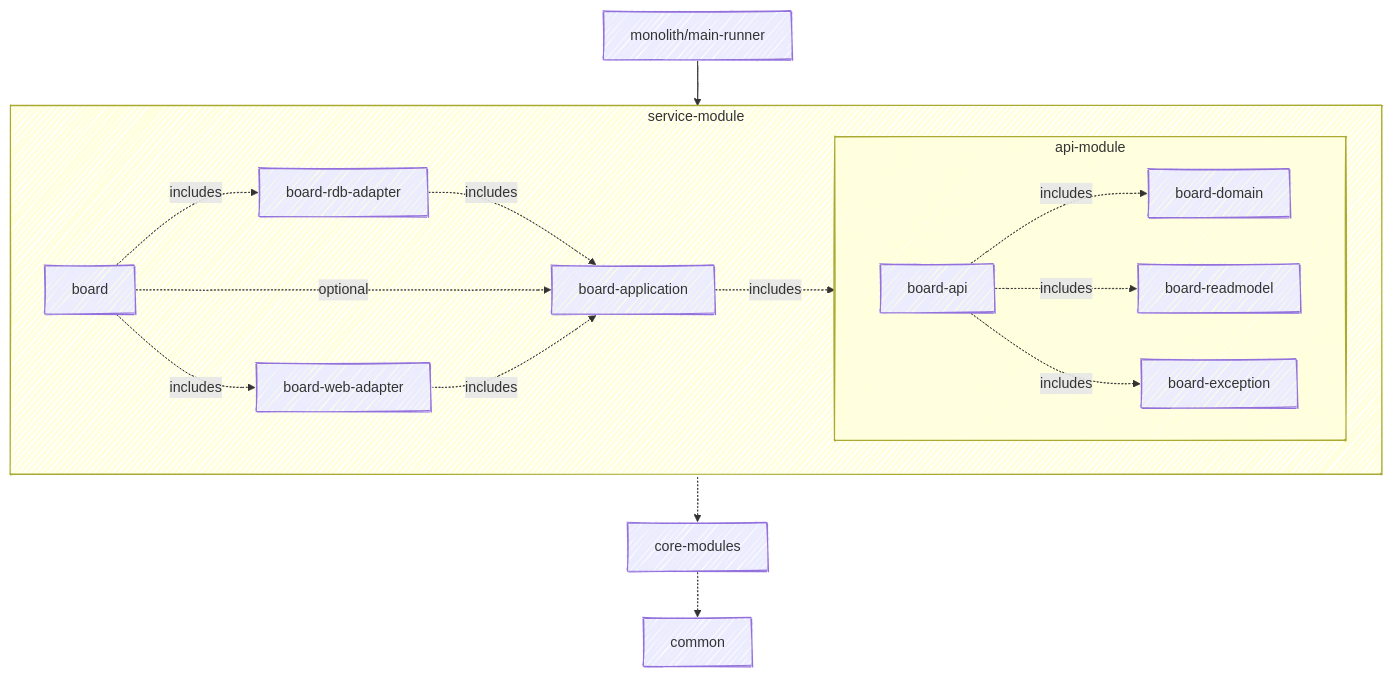
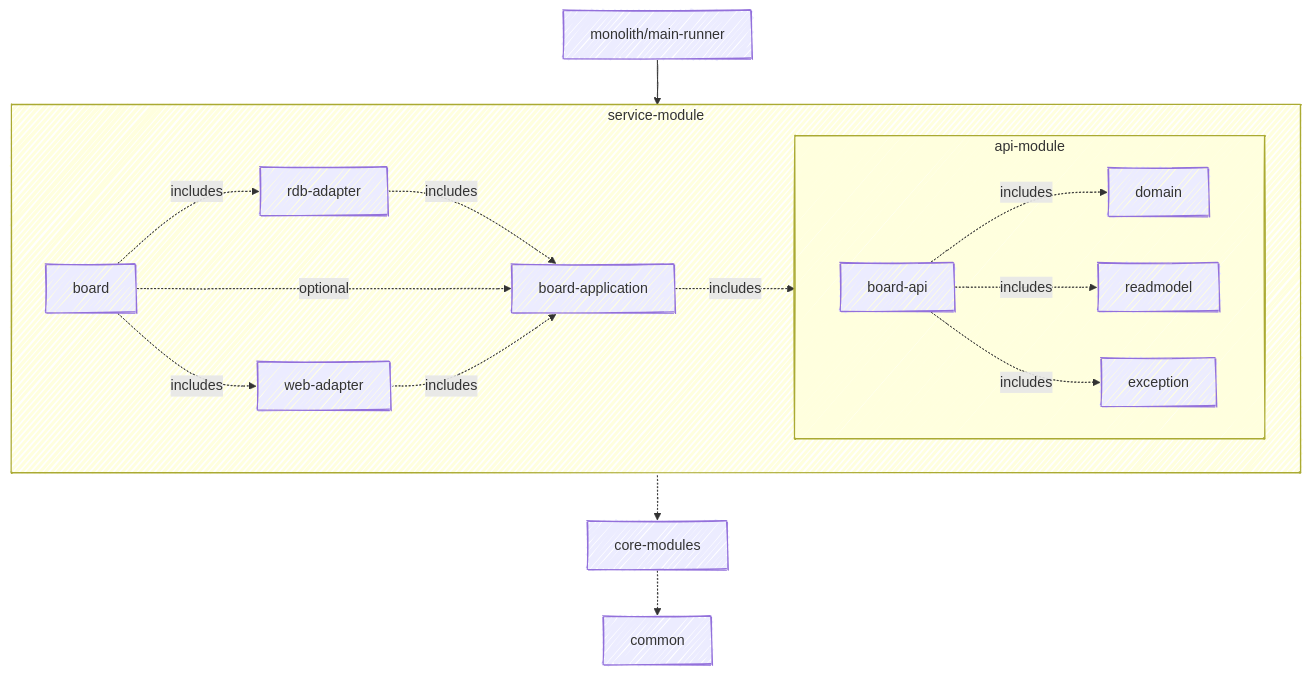
The first of 2 diagrams in README.md (nettee-space/backend-sample-multi-module), drawn with Mermaid before and after one commit.

Commit message:
docs(readme): shorten mermaid instance names

````diff
--- a/README.md
+++ b/README.md
@@ -43,23 +43,23 @@
 ```mermaid
 %%{init: {'look': 'handDrawn'}}%%
 flowchart TB
     monolith/main-runner --> service-module
     
     subgraph service-module
         direction LR
 
-        board -. includes .-> board-rdb-adapter -. includes .-> board-application
+        board -. includes .-> rdb-adapter -. includes .-> board-application
         board -. optional .-> board-application
-        board -. includes .-> board-web-adapter -. includes .-> board-application
+        board -. includes .-> web-adapter -. includes .-> board-application
         
         board-application -. includes .-> api-module
 
         subgraph api-module
             direction LR
-            board-api -. includes .-> board-domain & board-readmodel & board-exception
+            board-api -. includes .-> domain & readmodel & exception
         end
     end
 
     service-module -.-> core-modules
     core-modules -.-> common
 ```
````
